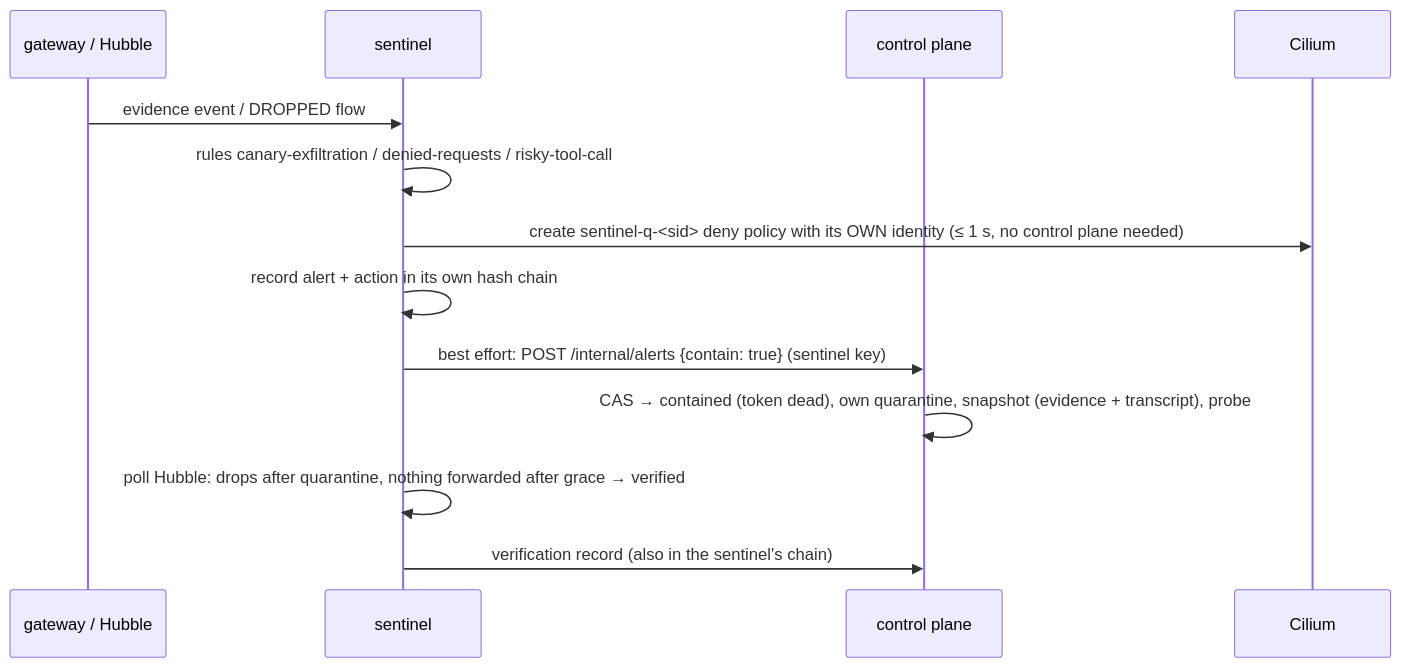
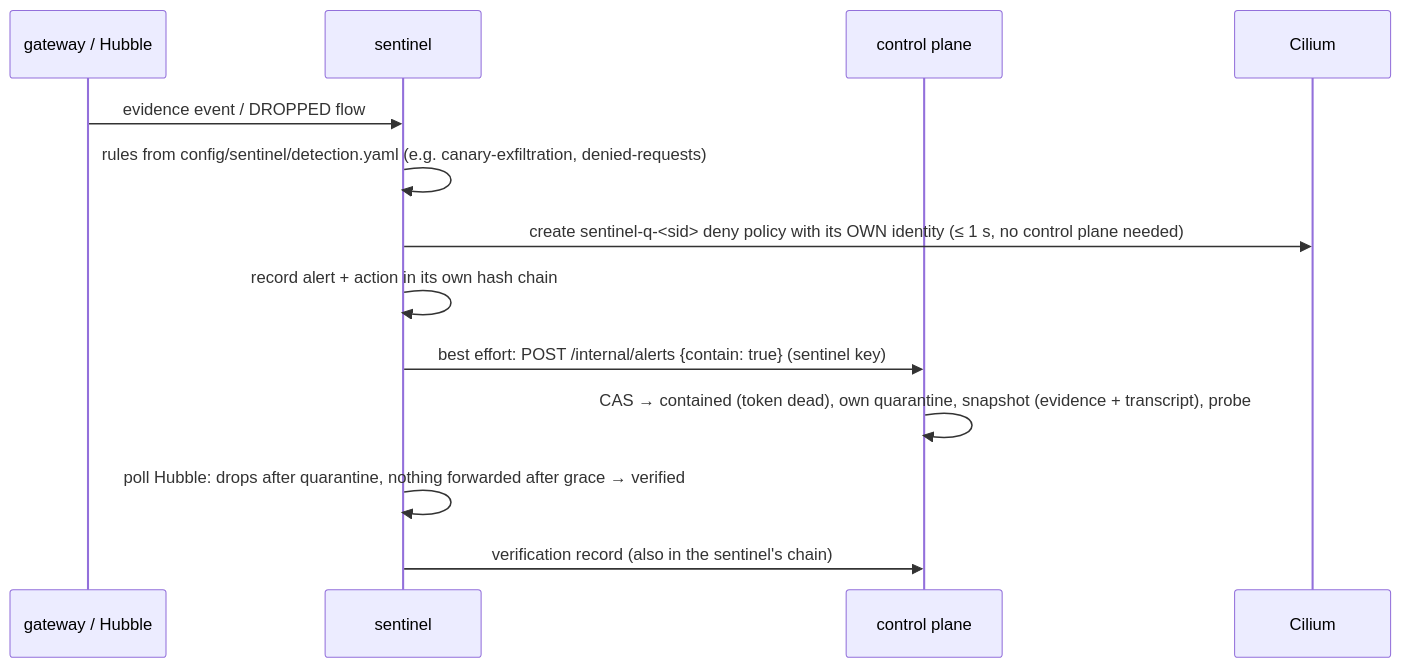
The sixth of 6 diagrams in docs/ARCHITECTURE.md (bhadradiyaniravnl/security-assignment-forgoodai), drawn with Mermaid before and after one commit. The commit also changed other lines of this file and 1 other file, not shown here.

First line of the commit message:
Diagrams and topology match the deployed system

````diff
--- a/docs/ARCHITECTURE.md
+++ b/docs/ARCHITECTURE.md
@@ -554,15 +559,15 @@
 ```mermaid
 sequenceDiagram
   participant G as gateway / Hubble
   participant D as sentinel
   participant CP as control plane
   participant K as Cilium
   G->>D: evidence event / DROPPED flow
-  D->>D: rules canary-exfiltration / denied-requests / risky-tool-call
+  D->>D: rules from config/sentinel/detection.yaml (e.g. canary-exfiltration, denied-requests)
   D->>K: create sentinel-q-<sid> deny policy with its OWN identity (≤ 1 s, no control plane needed)
   D->>D: record alert + action in its own hash chain
   D->>CP: best effort: POST /internal/alerts {contain: true} (sentinel key)
   CP->>CP: CAS → contained (token dead), own quarantine, snapshot (evidence + transcript), probe
   D->>D: poll Hubble: drops after quarantine, nothing forwarded after grace → verified
   D->>CP: verification record (also in the sentinel's chain)
 ```
````
